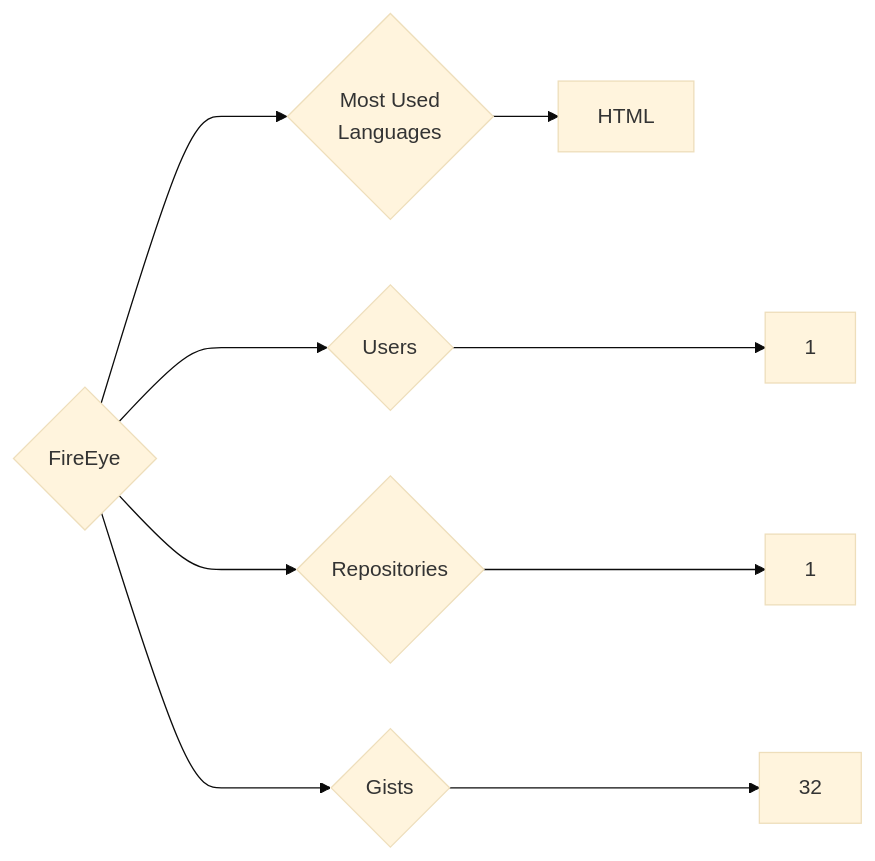
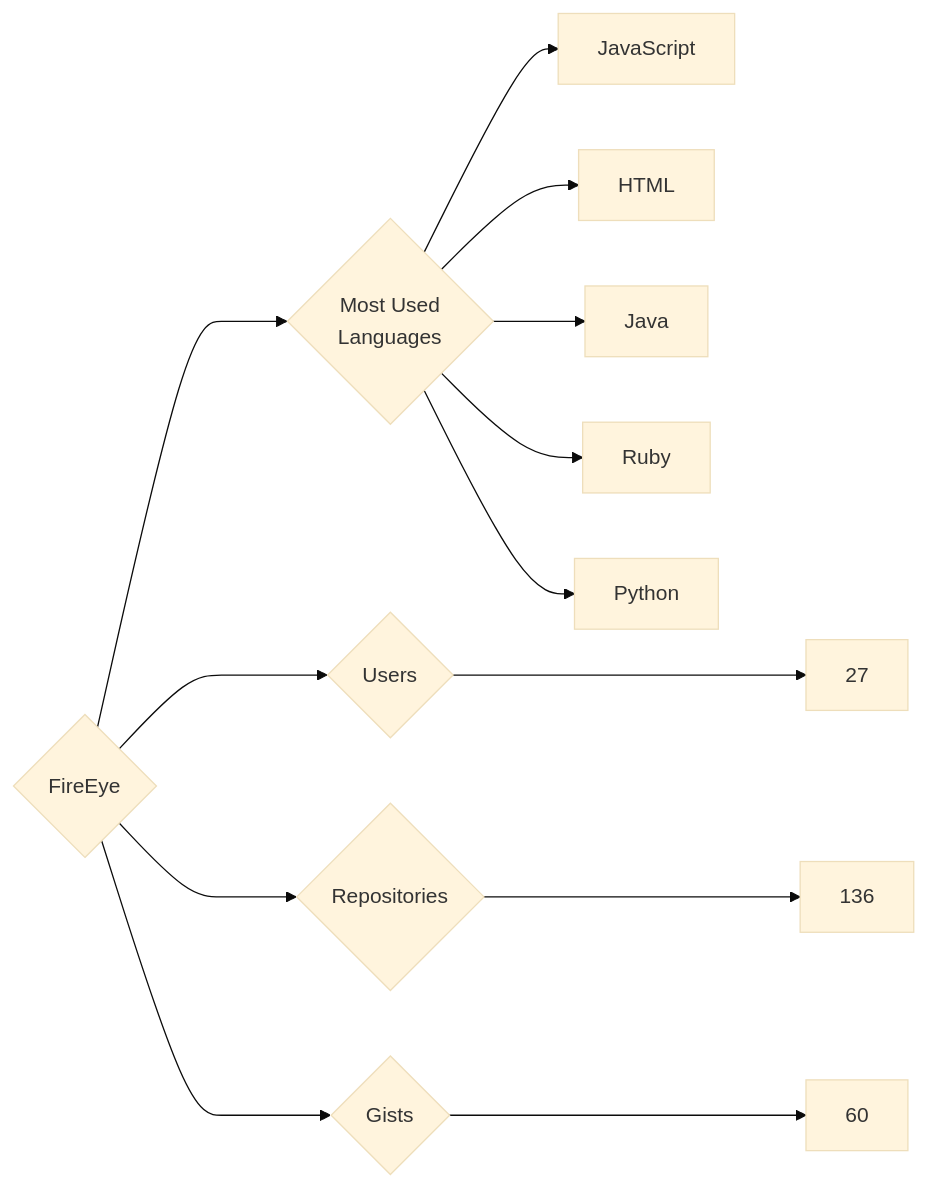
The diagram in targets/FireEye/README.md (trickest/insiders), drawn with Mermaid (base theme) before and after one commit. The commit also changed 934 other files, not shown here.

````diff
--- a/targets/FireEye/README.md
+++ b/targets/FireEye/README.md
@@ -3,9 +3,13 @@
 ```mermaid
 graph LR
 COMPANY_NAME{FireEye}
-COMPANY_NAME ---> U{Users} ---> UN[1]
-COMPANY_NAME ---> R{Repositories} ---> RN[1]
-COMPANY_NAME ---> G{Gists} ---> GN[32]
+COMPANY_NAME ---> U{Users} ---> UN[27]
+COMPANY_NAME ---> R{Repositories} ---> RN[136]
+COMPANY_NAME ---> G{Gists} ---> GN[60]
 COMPANY_NAME ---> ML{Most Used<br>Languages}
+ML --> JavaScript[JavaScript]
 ML --> HTML[HTML]
+ML --> Java[Java]
+ML --> Ruby[Ruby]
+ML --> Python[Python]
 ```
````
